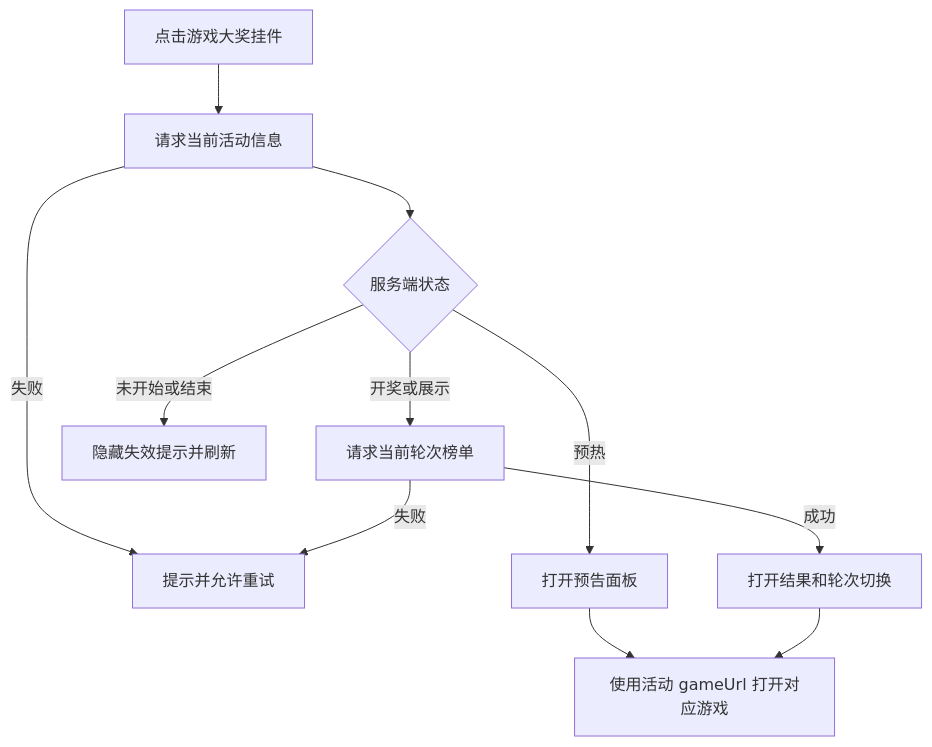
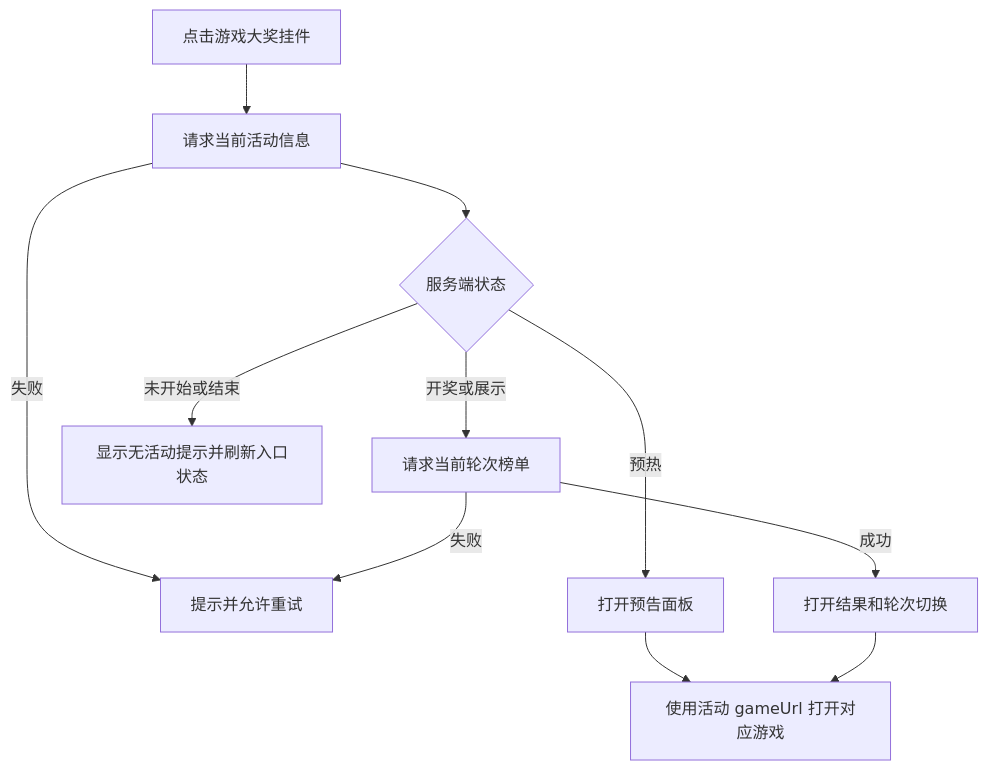
Before and after one commit to houdzaiw/iSnow: diagram 16 of 16 in docs/room/room_more_tools_flow.md, drawn with Mermaid. The commit also changed other lines of this file and 12 other files, not shown here.

````diff
--- a/docs/room/room_more_tools_flow.md
+++ b/docs/room/room_more_tools_flow.md
@@ -806,13 +814,13 @@
 ```mermaid
 flowchart TD
     A[点击游戏大奖挂件] --> B[请求当前活动信息]
     B -->|失败| C[提示并允许重试]
     B --> D{服务端状态}
     D -->|预热| E[打开预告面板]
     D -->|开奖或展示| F[请求当前轮次榜单]
     F -->|成功| G[打开结果和轮次切换]
     F -->|失败| C
-    D -->|未开始或结束| H[隐藏失效提示并刷新]
+    D -->|未开始或结束| H[显示无活动提示并刷新入口状态]
     E --> I[使用活动 gameUrl 打开对应游戏]
     G --> I
 ```
````
